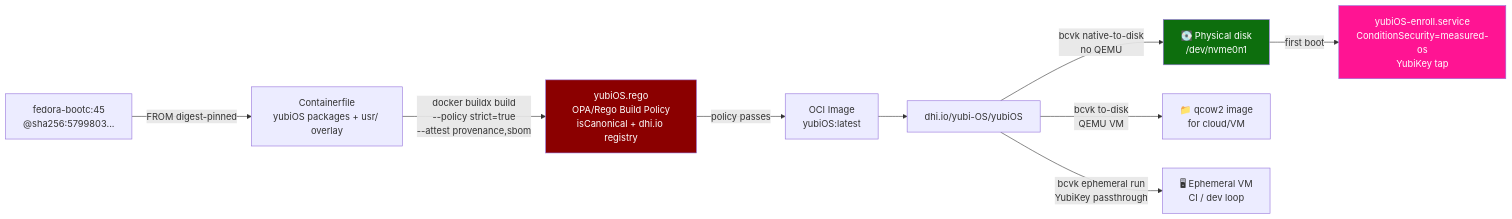
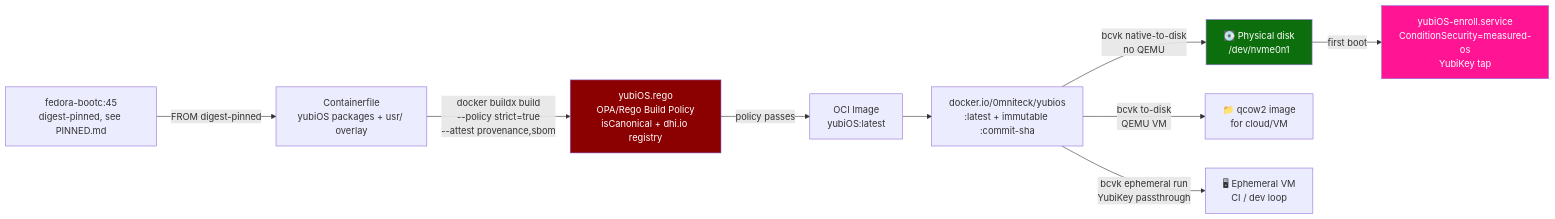
One commit to corning-croak-cable/yubiOS changed the third of 8 diagrams in ARCHITECTURE.md. Above: the diagram before and after it, drawn with Mermaid. The commit also changed other lines of this file, not shown here.

Commit message:
docs: sync build pipeline to Docker Hub publish target, PINNED.md digests, erofs, PCR node scoping

````diff
--- a/ARCHITECTURE.md
+++ b/ARCHITECTURE.md
@@ -86,23 +86,23 @@
 ```mermaid
 graph LR
-    BASE["fedora-bootc:45\n@sha256:5799803..."]
+    BASE["fedora-bootc:45\ndigest-pinned, see PINNED.md"]
     CF["Containerfile\nyubiOS packages + usr/ overlay"]
     REGO["yubiOS.rego\nOPA/Rego Build Policy\nisCanonical + dhi.io registry"]
     OCI["OCI Image\nyubiOS:latest"]
-    REG["dhi.io/yubi-OS/yubiOS"]
+    REG["docker.io/0mniteck/yubios\n:latest + immutable :commit-sha"]
 
     BASE -->|FROM digest-pinned| CF
     CF -->|docker buildx build\n--policy strict=true\n--attest provenance,sbom| REGO
     REGO -->|policy passes| OCI
     OCI --> REG
 
     REG -->|bcvk native-to-disk\nno QEMU| HW["💽 Physical disk\n/dev/nvme0n1"]
     REG -->|bcvk to-disk\nQEMU VM| IMG["📁 qcow2 image\nfor cloud/VM"]
     REG -->|bcvk ephemeral run\nYubiKey passthrough| VM["🖥 Ephemeral VM\nCI / dev loop"]
 
     HW -->|first boot| ENROLL["yubiOS-enroll.service\nConditionSecurity=measured-os\nYubiKey tap"]
 
     style REGO fill:#8b0000,color:#fff
     style HW fill:#0d6e0d,color:#fff
     style ENROLL fill:#ff1493,color:#fff
 ```
````
